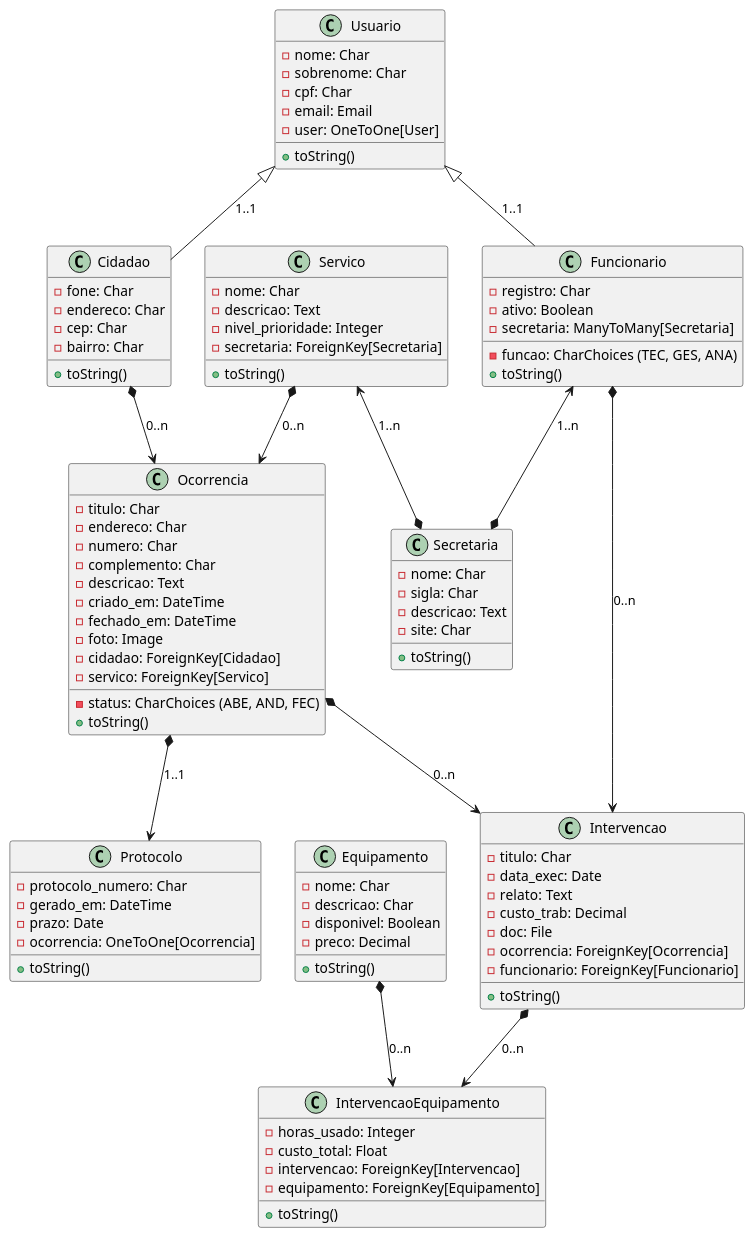
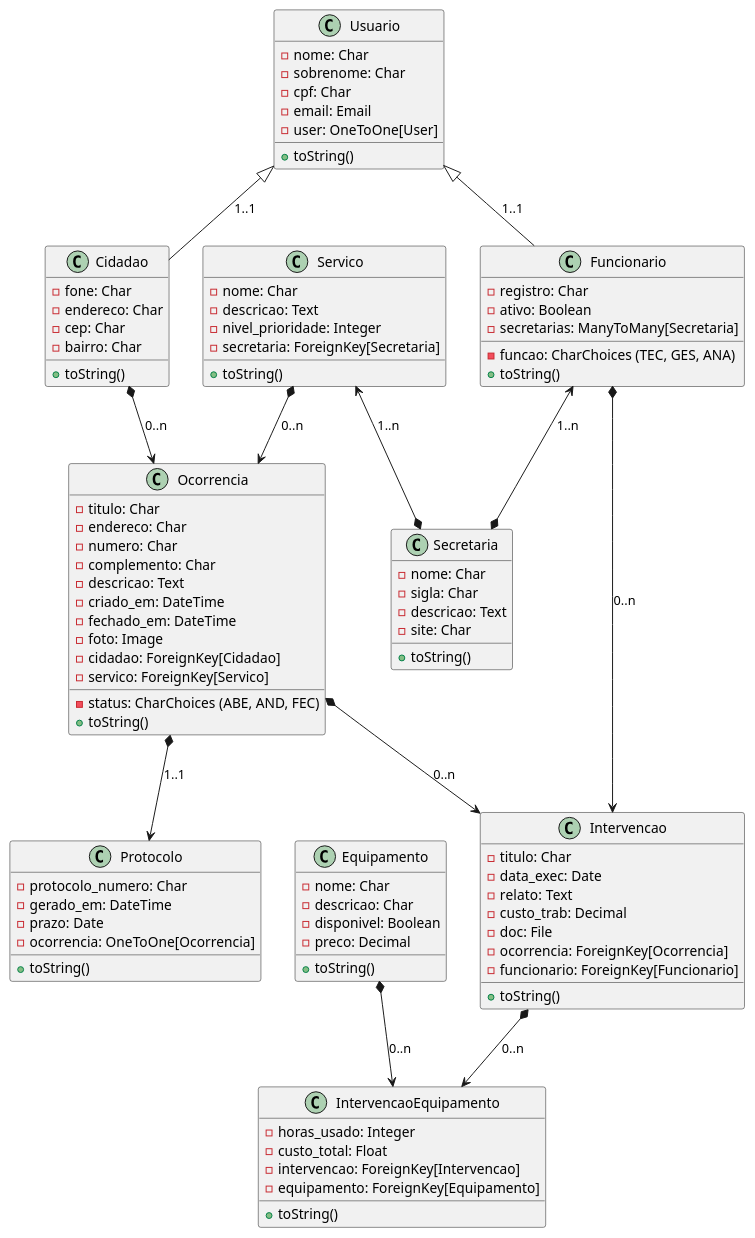
One commit to anleaes/2026-1-SDM-Segunda-Noite-ZS-04 changed the diagram in diagrama.wsd. Above: the diagram before and after it, drawn with PlantUML.

Commit message:
fix(diagrama): Ajuste em Funcionario

```diff
--- a/diagrama.wsd
+++ b/diagrama.wsd
@@ -1,118 +1,118 @@
 @startuml MeAjudaApp
 
 
 class Usuario {
     -nome: Char
     -sobrenome: Char
     -cpf: Char
     -email: Email
     -user: OneToOne[User]
     +toString()
 }
 
 
 class Cidadao {
     -fone: Char
     -endereco: Char
     -cep: Char
     -bairro: Char
     +toString()
 }
 
 
 class Funcionario {
     -registro: Char
     -funcao: CharChoices (TEC, GES, ANA)
     -ativo: Boolean
-    -secretaria: ManyToMany[Secretaria]
+    -secretarias: ManyToMany[Secretaria]
     +toString()
 }
 
 
 class Secretaria {
     -nome: Char
     -sigla: Char
     -descricao: Text
     -site: Char
     +toString()
 }
 
 
 class Servico {
     -nome: Char
     -descricao: Text
     -nivel_prioridade: Integer
     -secretaria: ForeignKey[Secretaria]
     +toString()
 }
 
 
 class Ocorrencia {
     -titulo: Char
     -endereco: Char
     -numero: Char
     -complemento: Char
     -descricao: Text
     -criado_em: DateTime
     -fechado_em: DateTime
     -status: CharChoices (ABE, AND, FEC)
     -foto: Image
     -cidadao: ForeignKey[Cidadao]
     -servico: ForeignKey[Servico]
     +toString()
 }
 
 
 class Intervencao {
     -titulo: Char
     -data_exec: Date
     -relato: Text
     -custo_trab: Decimal
     -doc: File
     -ocorrencia: ForeignKey[Ocorrencia]
     -funcionario: ForeignKey[Funcionario]
     +toString()
 }
 
 
 class Protocolo {
     -protocolo_numero: Char
     -gerado_em: DateTime
     -prazo: Date
     -ocorrencia: OneToOne[Ocorrencia]
     +toString()
 }
 
 
 class Equipamento {
     -nome: Char
     -descricao: Char
     -disponivel: Boolean
     -preco: Decimal
     +toString()
 }
 
 
 class IntervencaoEquipamento {
     -horas_usado: Integer
     -custo_total: Float
     -intervencao: ForeignKey[Intervencao]
     -equipamento: ForeignKey[Equipamento]
     +toString()
 }
 
 
 Servico <--* Secretaria : 1..n
 Funcionario <--* Secretaria : 1..n
 Servico *--> Ocorrencia : 0..n
 Cidadao *--> Ocorrencia : 0..n
 Ocorrencia *--> Intervencao : 0..n
 Ocorrencia *--> Protocolo : 1..1
 Funcionario *--> Intervencao : 0..n
 Intervencao *--> IntervencaoEquipamento : 0..n
 Equipamento *--> IntervencaoEquipamento : 0..n
 Cidadao -up-|> Usuario: 1..1
 Funcionario -up-|> Usuario: 1..1
 
 
 @enduml
```
